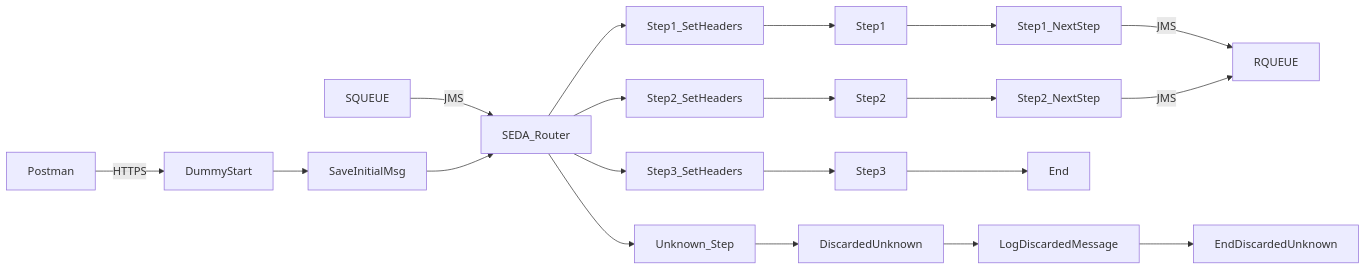
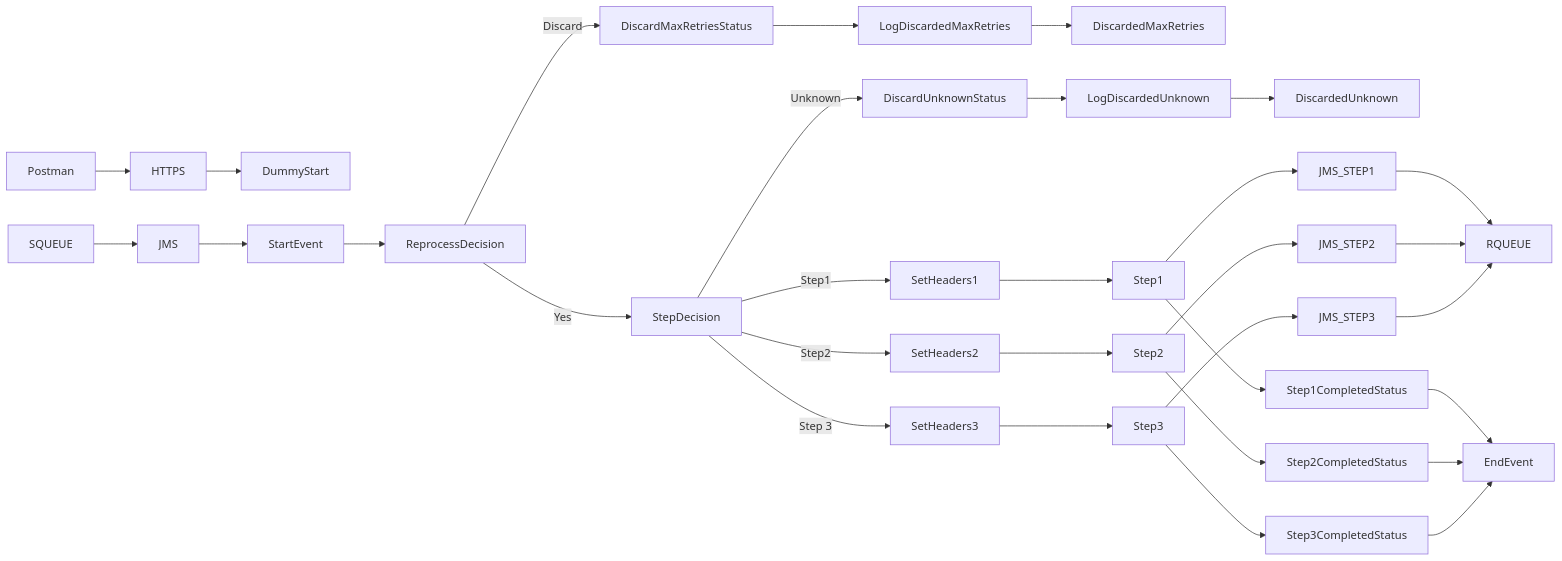
One commit to Avvale-IA-CICD/AvvaleCPI changed the diagram in MMZ - Cell Iflows/SEDA_Model_-_Single_Queue_-_Restart_and_Discard_MMZ-1.0.1/readme.md. Above: the diagram before and after it, drawn with Mermaid. The commit also changed other lines of this file, not shown here.

Commit message:
Add/update documentation for SEDA_Model_-_Single_Queue_-_Restart_and_Discard_MMZ v1.0.1

````diff
--- a/MMZ - Cell Iflows/SEDA_Model_-_Single_Queue_-_Restart_and_Discard_MMZ-1.0.1/readme.md
+++ b/MMZ - Cell Iflows/SEDA_Model_-_Single_Queue_-_Restart_and_Discard_MMZ-1.0.1/readme.md
@@ -4,22 +4,28 @@
 ```mermaid
 graph LR
-    Postman--HTTPS-->DummyStart
-    SQUEUE--JMS-->SEDA_Router
-    DummyStart-->SaveInitialMsg
-    SaveInitialMsg-->SEDA_Router
-    SEDA_Router-->Step1_SetHeaders
-    SEDA_Router-->Step2_SetHeaders
-    SEDA_Router-->Step3_SetHeaders
-    SEDA_Router-->Unknown_Step
-    Step1_SetHeaders-->Step1
-    Step2_SetHeaders-->Step2
-    Step3_SetHeaders-->Step3
-    Step1-->Step1_NextStep
-    Step2-->Step2_NextStep
-    Step3-->End
-    Step1_NextStep--JMS-->RQUEUE
-    Step2_NextStep--JMS-->RQUEUE
-    Unknown_Step-->DiscardedUnknown
-    DiscardedUnknown-->LogDiscardedMessage
-    LogDiscardedMessage-->EndDiscardedUnknown
+    Postman --> HTTPS --> DummyStart
+    SQUEUE --> JMS --> StartEvent
+    StartEvent --> ReprocessDecision
+    ReprocessDecision -- Yes --> StepDecision
+    ReprocessDecision -- Discard --> DiscardMaxRetriesStatus
+    DiscardMaxRetriesStatus --> LogDiscardedMaxRetries
+    LogDiscardedMaxRetries --> DiscardedMaxRetries
+    StepDecision -- Step1 --> SetHeaders1
+    StepDecision -- Step2 --> SetHeaders2
+    StepDecision -- Step 3 --> SetHeaders3
+    StepDecision -- Unknown --> DiscardUnknownStatus
+    DiscardUnknownStatus --> LogDiscardedUnknown
+    LogDiscardedUnknown --> DiscardedUnknown
+    SetHeaders1 --> Step1
+    SetHeaders2 --> Step2
+    SetHeaders3 --> Step3
+    Step1 --> JMS_STEP1 --> RQUEUE
+    Step2 --> JMS_STEP2 --> RQUEUE
+    Step3 --> JMS_STEP3 --> RQUEUE
+    Step1 --> Step1CompletedStatus
+    Step2 --> Step2CompletedStatus
+    Step3 --> Step3CompletedStatus
+    Step1CompletedStatus --> EndEvent
+    Step2CompletedStatus --> EndEvent
+    Step3CompletedStatus --> EndEvent
 ```
````
